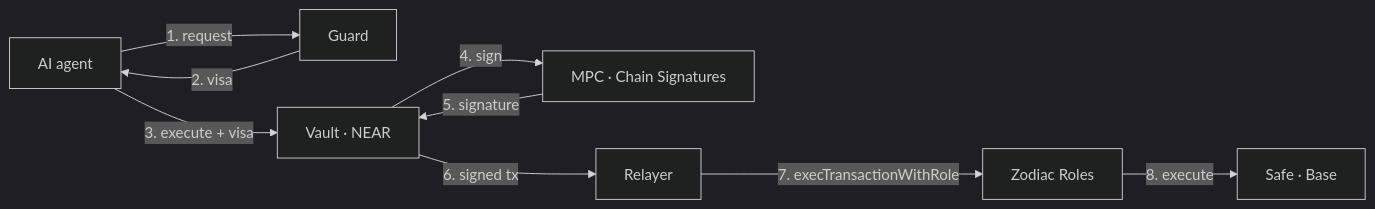
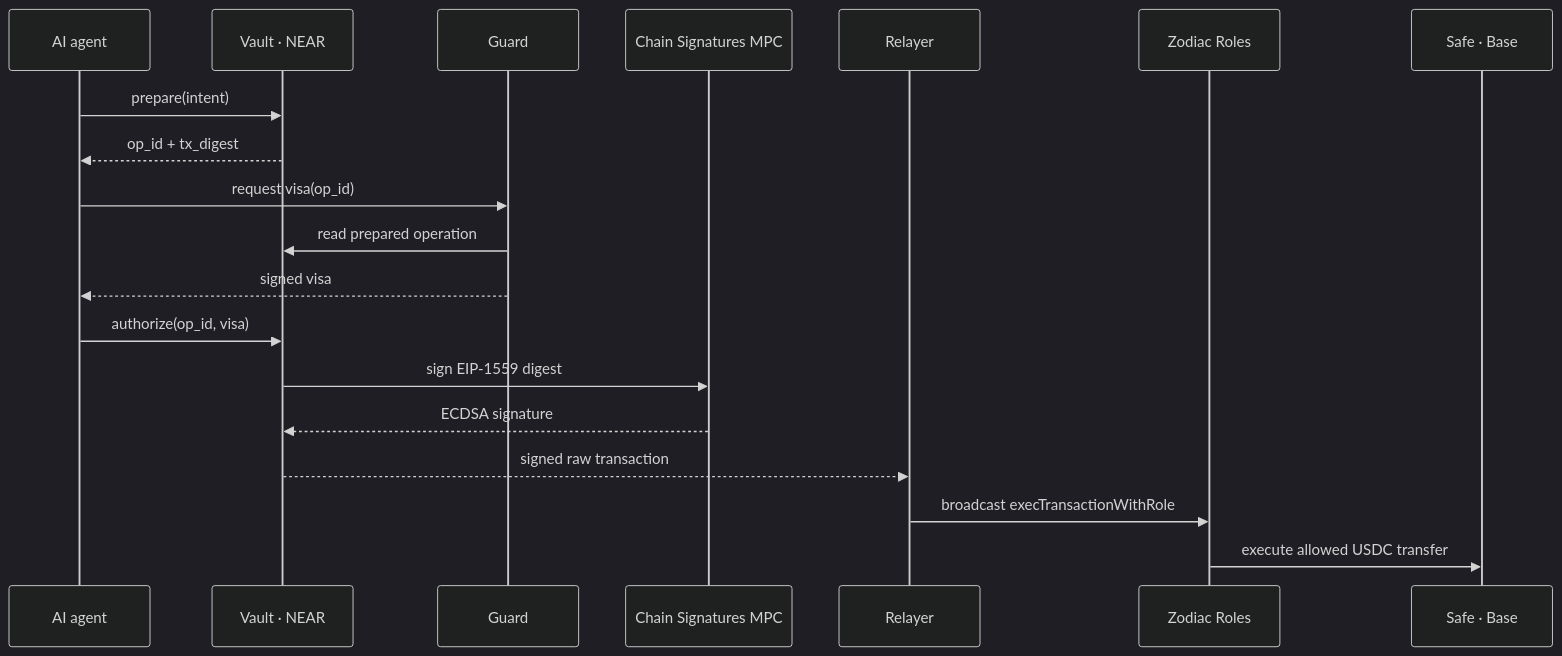
Before and after one commit to Euthyna-wallets/Euthyna: the diagram in README.md, drawn with Mermaid (dark theme). The commit also changed other lines of this file and 78 other files, not shown here.

````diff
--- a/README.md
+++ b/README.md
@@ -61,11 +44,22 @@
 ```mermaid
-flowchart LR
-  A[AI agent] -->|1. request| G[Guard]
-  G -->|2. visa| A
-  A -->|3. execute + visa| V[Vault · NEAR]
-  V -->|4. sign| M[MPC · Chain Signatures]
-  M -->|5. signature| V
-  V -->|6. signed tx| R[Relayer]
-  R -->|7. execTransactionWithRole| Z[Zodiac Roles]
-  Z -->|8. execute| S[Safe · Base]
+sequenceDiagram
+  participant A as AI agent
+  participant V as Vault · NEAR
+  participant G as Guard
+  participant M as Chain Signatures MPC
+  participant R as Relayer
+  participant Z as Zodiac Roles
+  participant S as Safe · Base
+
+  A->>V: prepare(intent)
+  V-->>A: op_id + tx_digest
+  A->>G: request visa(op_id)
+  G->>V: read prepared operation
+  G-->>A: signed visa
+  A->>V: authorize(op_id, visa)
+  V->>M: sign EIP-1559 digest
+  M-->>V: ECDSA signature
+  V-->>R: signed raw transaction
+  R->>Z: broadcast execTransactionWithRole
+  Z->>S: execute allowed USDC transfer
 ```
````
